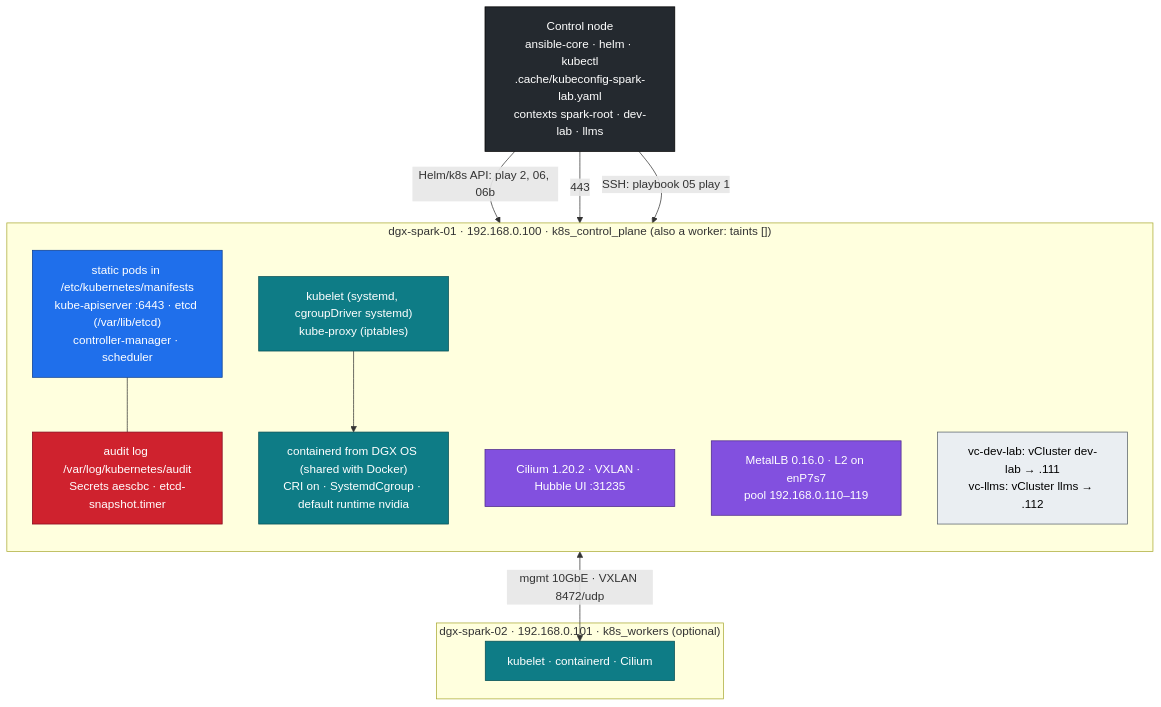
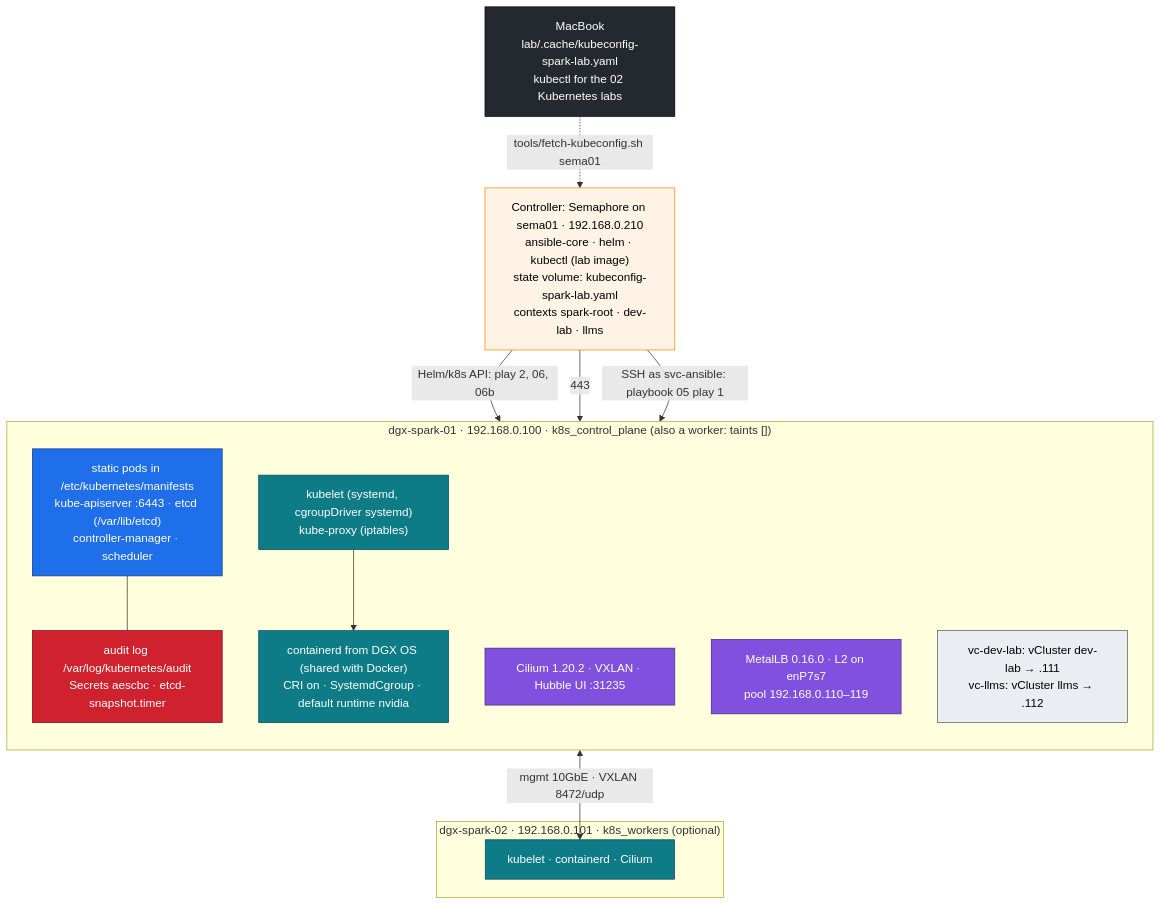
The diagram in 01 Ansible/16-kubernetes-bare-metal-bootstrap-kubeadm.md (cloudone365/technical-depth), drawn with Mermaid before and after one commit. The commit also changed other lines of this file and 37 other files, not shown here.

First line of the commit message:
Docs: Semaphore + vault01 management plane, dgx-spark-01 as a target

````diff
--- a/01 Ansible/16-kubernetes-bare-metal-bootstrap-kubeadm.md
+++ b/01 Ansible/16-kubernetes-bare-metal-bootstrap-kubeadm.md
@@ -37,35 +37,39 @@
 ```mermaid
 flowchart TB
-  CTL["Control node<br/>ansible-core · helm · kubectl<br/>.cache/kubeconfig-spark-lab.yaml<br/>contexts spark-root · dev-lab · llms"]
+  CTL["Controller: Semaphore on sema01 · 192.168.0.210<br/>ansible-core · helm · kubectl (lab image)<br/>state volume: kubeconfig-spark-lab.yaml<br/>contexts spark-root · dev-lab · llms"]
+  MAC["MacBook<br/>lab/.cache/kubeconfig-spark-lab.yaml<br/>kubectl for the 02 Kubernetes labs"]
+  MAC -. "tools/fetch-kubeconfig.sh sema01" .-> CTL
   subgraph S1["dgx-spark-01 · 192.168.0.100 · k8s_control_plane (also a worker: taints [])"]
     direction TB
     CP["static pods in /etc/kubernetes/manifests<br/>kube-apiserver :6443 · etcd (/var/lib/etcd)<br/>controller-manager · scheduler"]
     SEC["audit log /var/log/kubernetes/audit<br/>Secrets aescbc · etcd-snapshot.timer"]
     KL["kubelet (systemd, cgroupDriver systemd)<br/>kube-proxy (iptables)"]
     CTD["containerd from DGX OS (shared with Docker)<br/>CRI on · SystemdCgroup · default runtime nvidia"]
     CIL["Cilium 1.20.2 · VXLAN · Hubble UI :31235"]
     MLB["MetalLB 0.16.0 · L2 on enP7s7<br/>pool 192.168.0.110–119"]
     VC["vc-dev-lab: vCluster dev-lab → .111<br/>vc-llms: vCluster llms → .112"]
   end
   subgraph S2["dgx-spark-02 · 192.168.0.101 · k8s_workers (optional)"]
     KL2["kubelet · containerd · Cilium"]
   end
-  CTL -->|"SSH: playbook 05 play 1"| S1
+  CTL -->|"SSH as svc-ansible: playbook 05 play 1"| S1
   CTL -->|"Helm/k8s API: play 2, 06, 06b"| CP
   CTL -->|"443"| VC
   CP --- SEC
   KL --> CTD
   CP <-->|"mgmt 10GbE · VXLAN 8472/udp"| KL2
   classDef ext fill:#24292f,stroke:#000,color:#fff
   classDef ctrl fill:#1f6feb,stroke:#0b3d91,color:#fff
   classDef node fill:#0e7c86,stroke:#064e54,color:#fff
   classDef net fill:#8250df,stroke:#4c2889,color:#fff
   classDef sec fill:#cf222e,stroke:#82071e,color:#fff
   classDef tenant fill:#eaeef2,stroke:#57606a,color:#000
-  class CTL ext
+  classDef mgmt fill:#fff3e6,stroke:#fb8500,color:#000
+  class CTL mgmt
+  class MAC ext
   class CP ctrl
   class KL,CTD,KL2 node
   class CIL,MLB net
   class SEC sec
   class VC tenant
 ```
````
